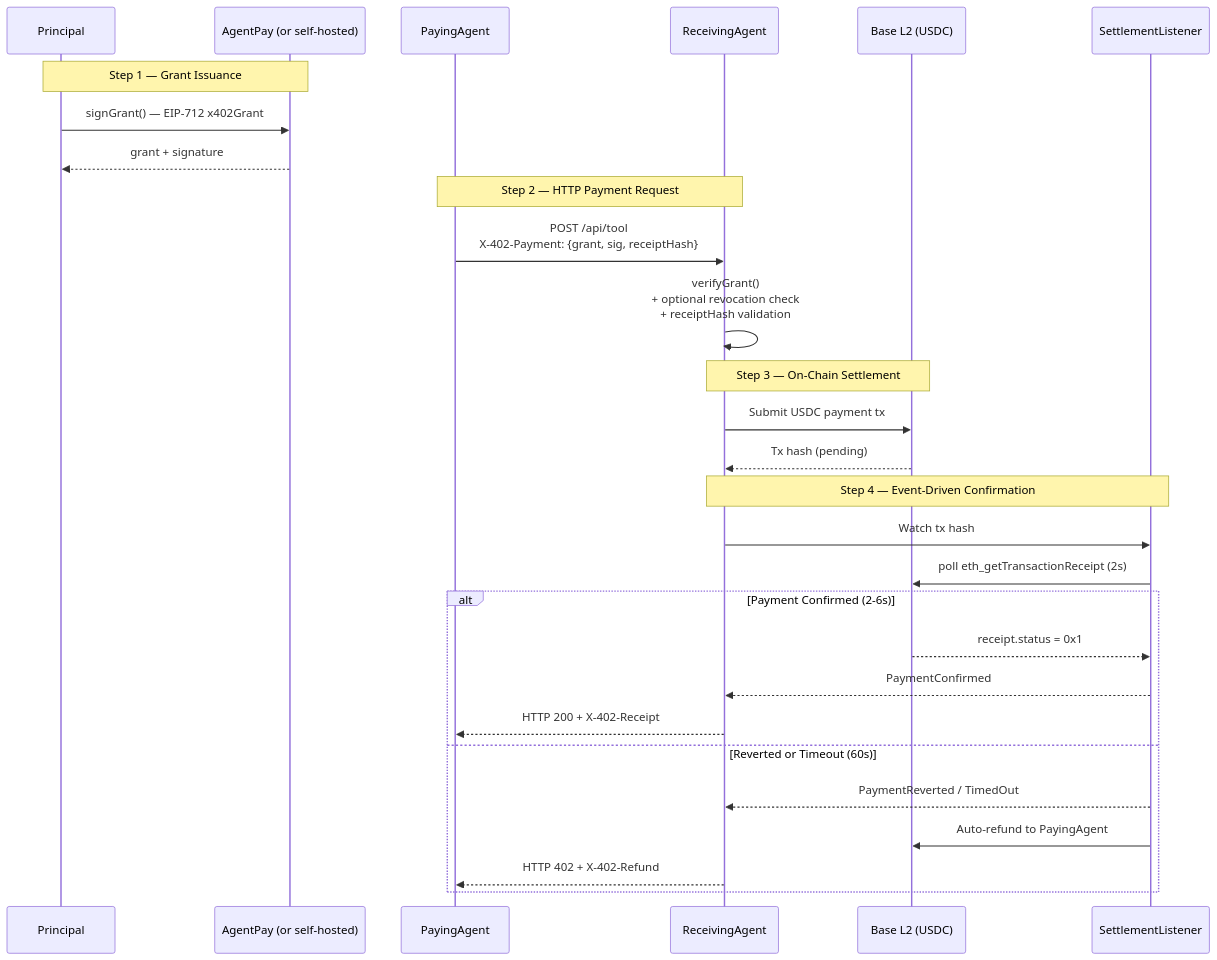
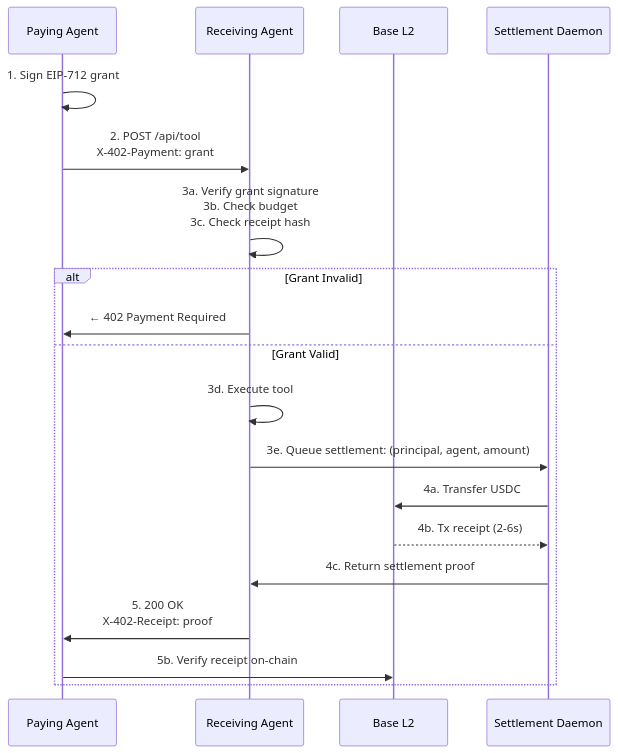
Before and after one commit to x402-foundation/x402: the diagram in specs/payment-flow.md, drawn with Mermaid. The commit also changed other lines of this file, not shown here.

Commit message:
add: specs/payment-flow.md

````diff
--- a/specs/payment-flow.md
+++ b/specs/payment-flow.md
@@ -28,35 +216,26 @@
 ```mermaid
 sequenceDiagram
-    participant P as Principal
-    participant AP as AgentPay (or self-hosted)
-    participant PA as PayingAgent
-    participant RA as ReceivingAgent
-    participant L2 as Base L2 (USDC)
-    participant SL as SettlementListener
+    participant PA as Paying Agent
+    participant RA as Receiving Agent
+    participant Base as Base L2
+    participant SD as Settlement Daemon
 
-    Note over P,AP: Step 1 — Grant Issuance
-    P->>AP: signGrant() — EIP-712 x402Grant
-    AP-->>P: grant + signature
-
-    Note over PA,RA: Step 2 — HTTP Payment Request
-    PA->>RA: POST /api/tool<br/>X-402-Payment: {grant, sig, receiptHash}
-    RA->>RA: verifyGrant()<br/>+ optional revocation check<br/>+ receiptHash validation
-
-    Note over RA,L2: Step 3 — On-Chain Settlement
-    RA->>L2: Submit USDC payment tx
-    L2-->>RA: Tx hash (pending)
-
-    Note over SL,RA: Step 4 — Event-Driven Confirmation
-    RA->>SL: Watch tx hash
-    SL->>L2: poll eth_getTransactionReceipt (2s)
-
-    alt Payment Confirmed (2-6s)
-        L2-->>SL: receipt.status = 0x1
-        SL-->>RA: PaymentConfirmed
-        RA-->>PA: HTTP 200 + X-402-Receipt
-    else Reverted or Timeout (60s)
-        SL-->>RA: PaymentReverted / TimedOut
-        SL->>L2: Auto-refund to PayingAgent
-        RA-->>PA: HTTP 402 + X-402-Refund
+    PA->>PA: 1. Sign EIP-712 grant
+    PA->>RA: 2. POST /api/tool<br/>X-402-Payment: grant
+    
+    RA->>RA: 3a. Verify grant signature<br/>3b. Check budget<br/>3c. Check receipt hash
+    
+    alt Grant Invalid
+        RA->>PA: ← 402 Payment Required
+    else Grant Valid
+        RA->>RA: 3d. Execute tool
+        RA->>SD: 3e. Queue settlement: (principal, agent, amount)
+        
+        SD->>Base: 4a. Transfer USDC
+        Base-->>SD: 4b. Tx receipt (2-6s)
+        SD->>RA: 4c. Return settlement proof
+        
+        RA->>PA: 5. 200 OK<br/>X-402-Receipt: proof
+        PA->>Base: 5b. Verify receipt on-chain
     end
 ```
````
